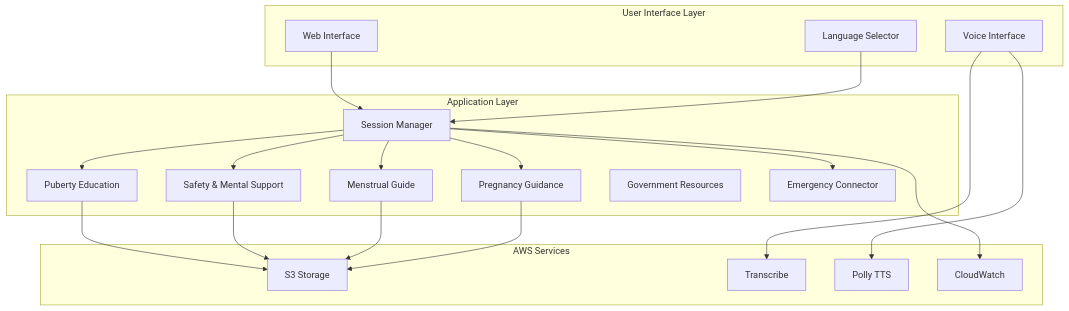
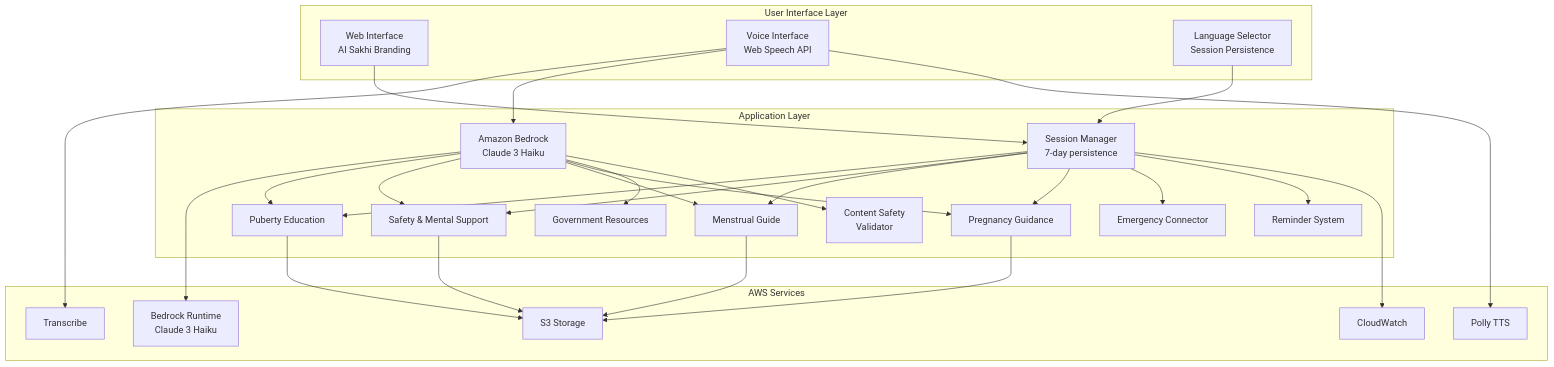
Before and after one commit to sumbul-first/AI-sakhi: the diagram in .kiro/specs/sakhi-saathi-ai/design.md, drawn with Mermaid. The commit also changed other lines of this file and 57 other files, not shown here.

Commit message:
cleanup: remove multi-AZ stacks, demo/test files, dead templates; fix mock mode persistence, language default, session credentials

````diff
--- a/.kiro/specs/sakhi-saathi-ai/design.md
+++ b/.kiro/specs/sakhi-saathi-ai/design.md
@@ -32,43 +38,56 @@
 ```mermaid
 graph TB
     subgraph "User Interface Layer"
-        UI[Web Interface]
-        VI[Voice Interface]
-        LS[Language Selector]
+        UI[Web Interface<br/>AI Sakhi Branding]
+        VI[Voice Interface<br/>Web Speech API]
+        LS[Language Selector<br/>Session Persistence]
     end
     
     subgraph "Application Layer"
+        AI[Amazon Bedrock<br/>Claude 3 Haiku]
         PE[Puberty Education]
         SM[Safety & Mental Support]
         MG[Menstrual Guide]
         PG[Pregnancy Guidance]
         GR[Government Resources]
         EC[Emergency Connector]
-        SM_MGR[Session Manager]
+        SM_MGR[Session Manager<br/>7-day persistence]
+        CS[Content Safety<br/>Validator]
+        RS[Reminder System]
     end
     
     subgraph "AWS Services"
+        BEDROCK[Bedrock Runtime<br/>Claude 3 Haiku]
         S3[S3 Storage]
         TRANS[Transcribe]
         POLLY[Polly TTS]
         CW[CloudWatch]
     end
     
     UI --> SM_MGR
     VI --> TRANS
-    VI --> POLLY
+    VI --> AI
+    AI --> BEDROCK
+    AI --> PE
+    AI --> SM
+    AI --> MG
+    AI --> PG
+    AI --> GR
     LS --> SM_MGR
     
     SM_MGR --> PE
     SM_MGR --> SM
     SM_MGR --> MG
     SM_MGR --> PG
     SM_MGR --> EC
+    SM_MGR --> RS
     
+    AI --> CS
     PE --> S3
     SM --> S3
     MG --> S3
     PG --> S3
     
+    VI --> POLLY
     SM_MGR --> CW
 ```
````
